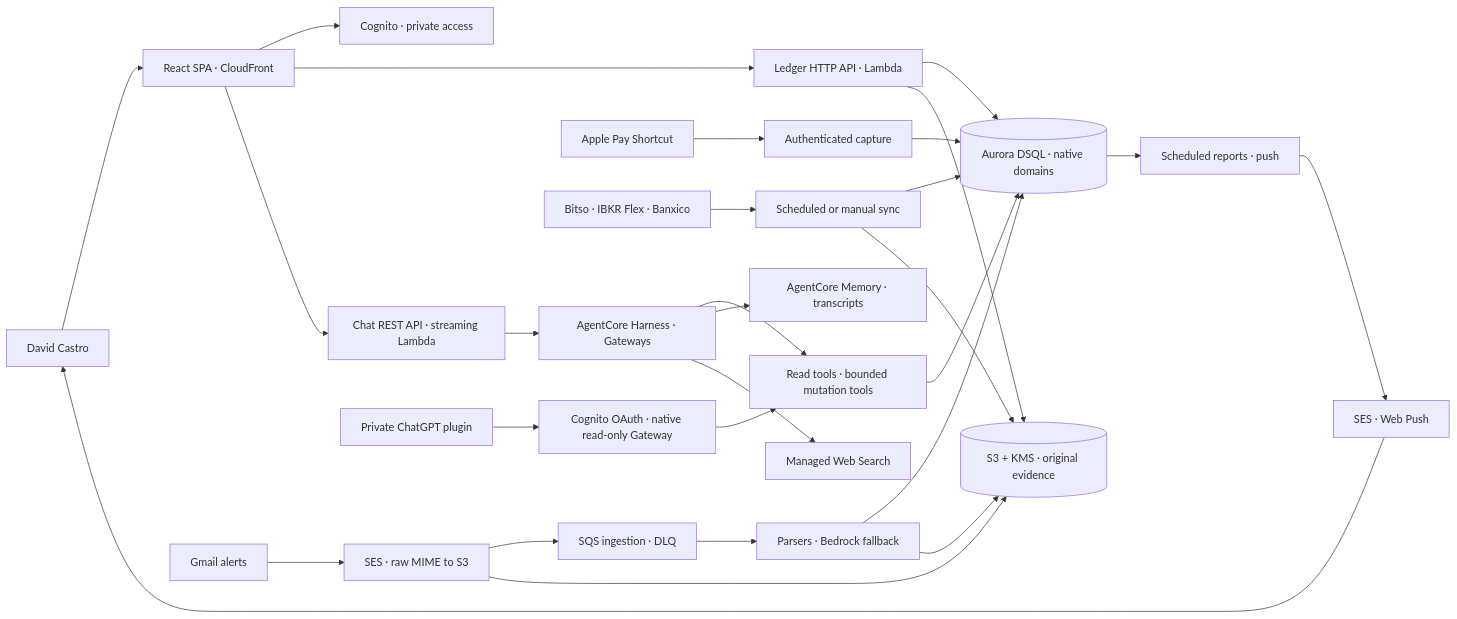
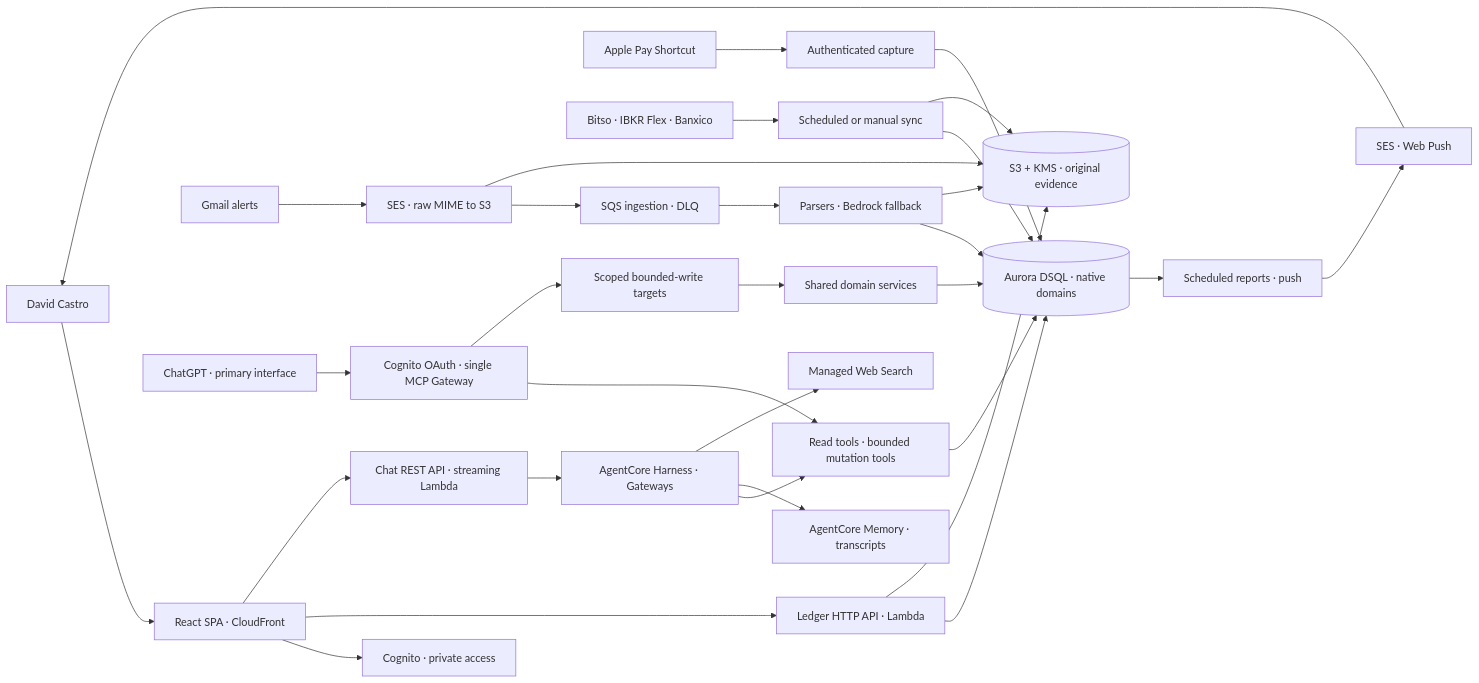
Before and after one commit to DavidCs9/personal-finance-system: the diagram in docs/architecture.md, drawn with Mermaid. The commit also changed other lines of this file and 51 other files, not shown here.

First line of the commit message:
Ship MCP-first bounded financial management through the existing connection (#245)

````diff
--- a/docs/architecture.md
+++ b/docs/architecture.md
@@ -7,30 +11,33 @@
 ```mermaid
 flowchart LR
   David[David Castro] --> Web[React SPA · CloudFront]
   Web --> Cognito[Cognito · private access]
   Web --> API[Ledger HTTP API · Lambda]
   Web --> Chat[Chat REST API · streaming Lambda]
   Gmail[Gmail alerts] --> SES[SES · raw MIME to S3]
   SES --> SQS[SQS ingestion · DLQ]
   SQS --> Ingest[Parsers · Bedrock fallback]
   Shortcut[Apple Pay Shortcut] --> Capture[Authenticated capture]
   Providers[Bitso · IBKR Flex · Banxico] --> Sync[Scheduled or manual sync]
   Ingest --> SQL[(Aurora DSQL · native domains)]
   Capture --> SQL
   Sync --> SQL
   API --> SQL
   API --> Evidence[(S3 + KMS · original evidence)]
   SES --> Evidence
   Sync --> Evidence
   Ingest --> Evidence
   Chat --> Harness[AgentCore Harness · Gateways]
-  ChatGPT[Private ChatGPT plugin] --> OAuth[Cognito OAuth · native read-only Gateway]
+  ChatGPT[ChatGPT · primary interface] --> OAuth[Cognito OAuth · single MCP Gateway]
   OAuth --> Tools
+  OAuth --> BoundedWrites[Scoped bounded-write targets]
+  BoundedWrites --> Domain[Shared domain services]
+  Domain --> SQL
   Harness --> Tools[Read tools · bounded mutation tools]
   Tools --> SQL
   Harness --> Memory[AgentCore Memory · transcripts]
   Harness --> Search[Managed Web Search]
   SQL --> Jobs[Scheduled reports · push]
   Jobs --> Delivery[SES · Web Push]
   Delivery --> David
 ```
````
